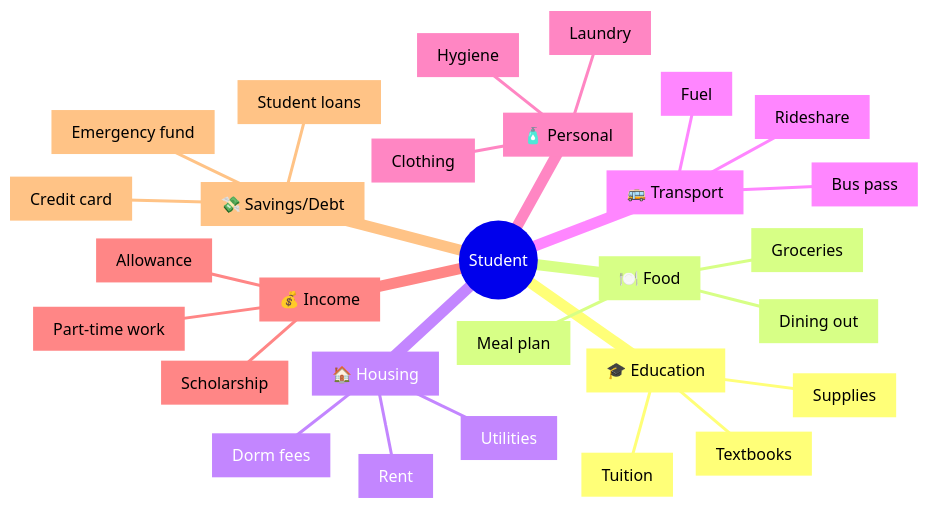
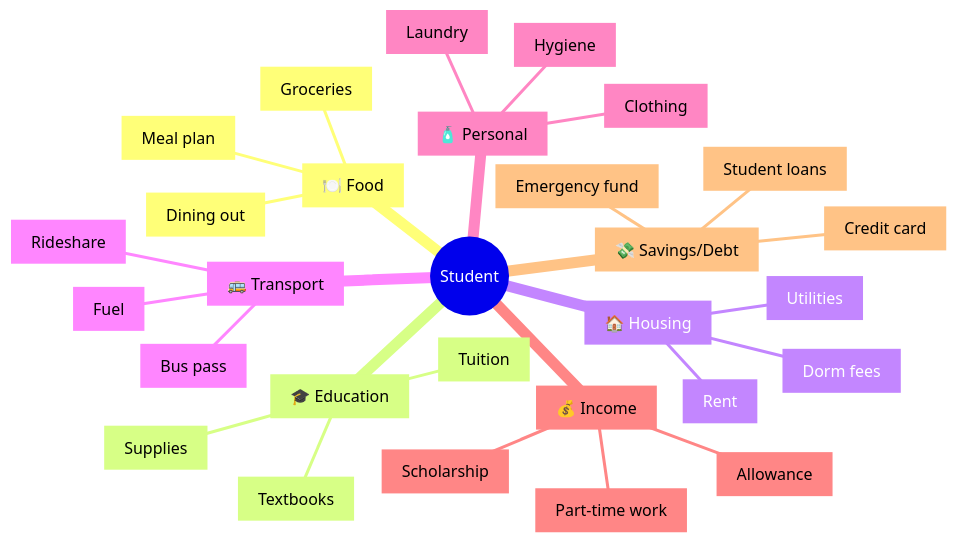
Before and after one commit to sepuluhlipat/notification-reader: the seventh of 12 diagrams in personas.md, drawn with Mermaid.

Commit message:
updated personas

````diff
--- a/personas.md
+++ b/personas.md
@@ -306,32 +306,32 @@
 ```mermaid
 mindmap
-    id1((Student))
-        id2[🎓 Education]
-            id2-1[Tuition]
-            id2-2[Textbooks]
-            id2-3[Supplies]
-        id3[🍽️ Food]
-            id3-1[Meal plan]
-            id3-2[Groceries]
-            id3-3[Dining out]
+    id1((Student))        
+        id2[🍽️ Food]
+            id2-1[Meal plan]
+            id2-2[Groceries]
+            id2-3[Dining out]
+        id3[🎓 Education]
+            id3-1[Tuition]
+            id3-2[Textbooks]
+            id3-3[Supplies]
         id4[🏠 Housing]
             id4-1[Rent]
             id4-2[Utilities]
             id4-3[Dorm fees]
         id5[🚌 Transport]
             id5-1[Bus pass]
             id5-2[Rideshare]
             id5-3[Fuel]
         id6[🧴 Personal]
             id6-1[Hygiene]
             id6-2[Laundry]
             id6-3[Clothing]
         id7[💰 Income]
             id7-1[Scholarship]
             id7-2[Part-time work]
             id7-3[Allowance]
         id8[💸 Savings/Debt]
             id8-1[Emergency fund]
             id8-2[Student loans]
             id8-3[Credit card]
 ```
````
